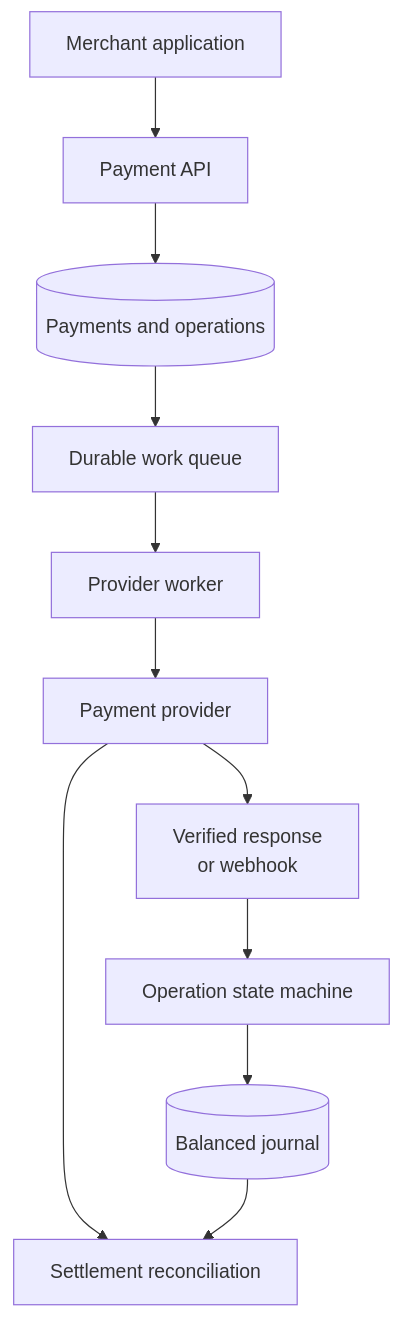
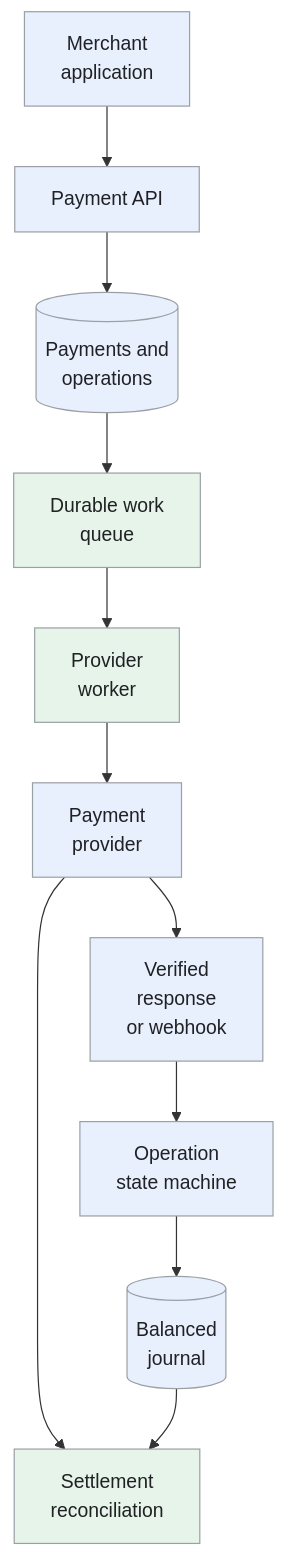
The first of 6 diagrams in _designs/system-design-payment-system.md (iliazlobin/iliazlobin.github.io), drawn with Mermaid before and after one commit. The commit also changed other lines of this file and 131 other files, not shown here.

````diff
--- a/_designs/system-design-payment-system.md
+++ b/_designs/system-design-payment-system.md
@@ -140,13 +140,18 @@
 ```mermaid
 flowchart TB
-    U["Merchant application"] --> P["Payment API"]
-    P --> D[("Payments and operations")]
-    D --> Q["Durable work queue"]
-    Q --> W["Provider worker"]
-    W --> X["Payment provider"]
-    X --> H["Verified response<br/>or webhook"]
-    H --> S["Operation state machine"]
-    S --> L[("Balanced journal")]
-    X --> R["Settlement reconciliation"]
+    U["Merchant<br>application"] --> P["Payment API"]
+    P --> D[("Payments and<br>operations")]
+    D --> Q["Durable work<br>queue"]
+    Q --> W["Provider<br>worker"]
+    W --> X["Payment<br>provider"]
+    X --> H["Verified<br>response<br>or webhook"]
+    H --> S["Operation<br>state machine"]
+    S --> L[("Balanced<br>journal")]
+    X --> R["Settlement<br>reconciliation"]
     L --> R
+  classDef request fill:#e8f0fe,stroke:#9aa0a6,color:#202124,stroke-width:1px
+  classDef background fill:#e6f4ea,stroke:#9aa0a6,color:#202124,stroke-width:1px
+  classDef control fill:#fef7e0,stroke:#9aa0a6,color:#202124,stroke-width:1px
+  class U,P,D,X,H,S,L request
+  class Q,W,R background
 ```
````
